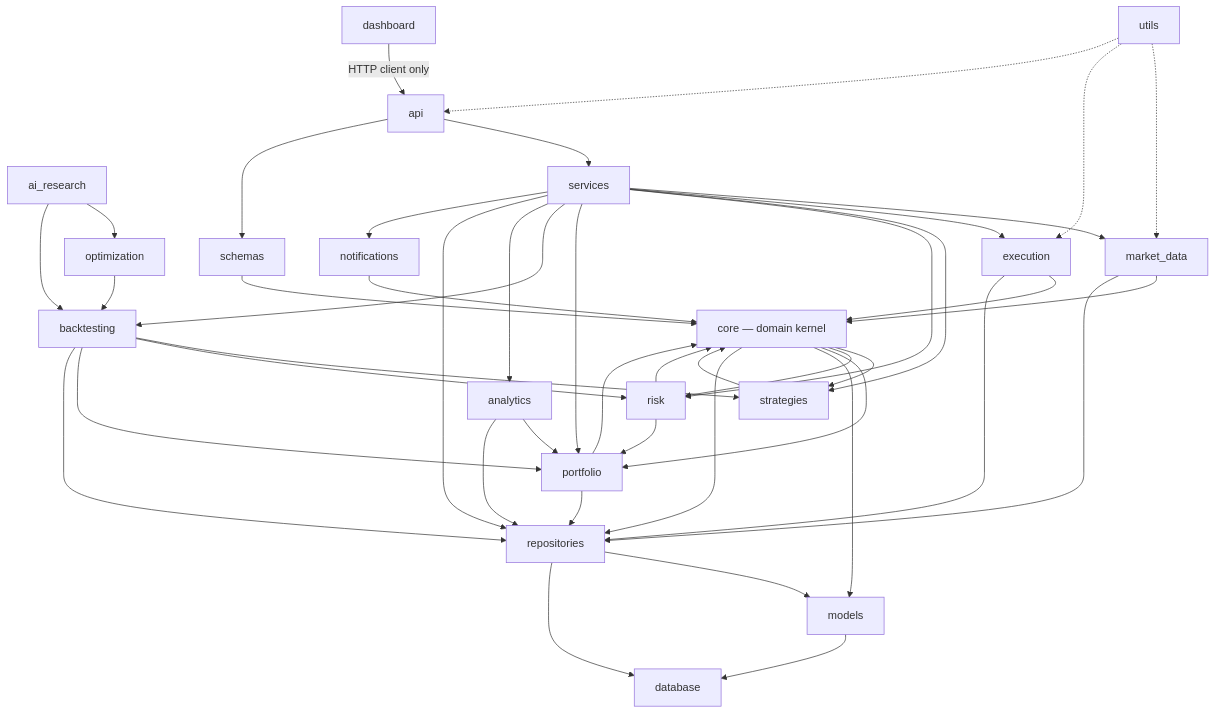
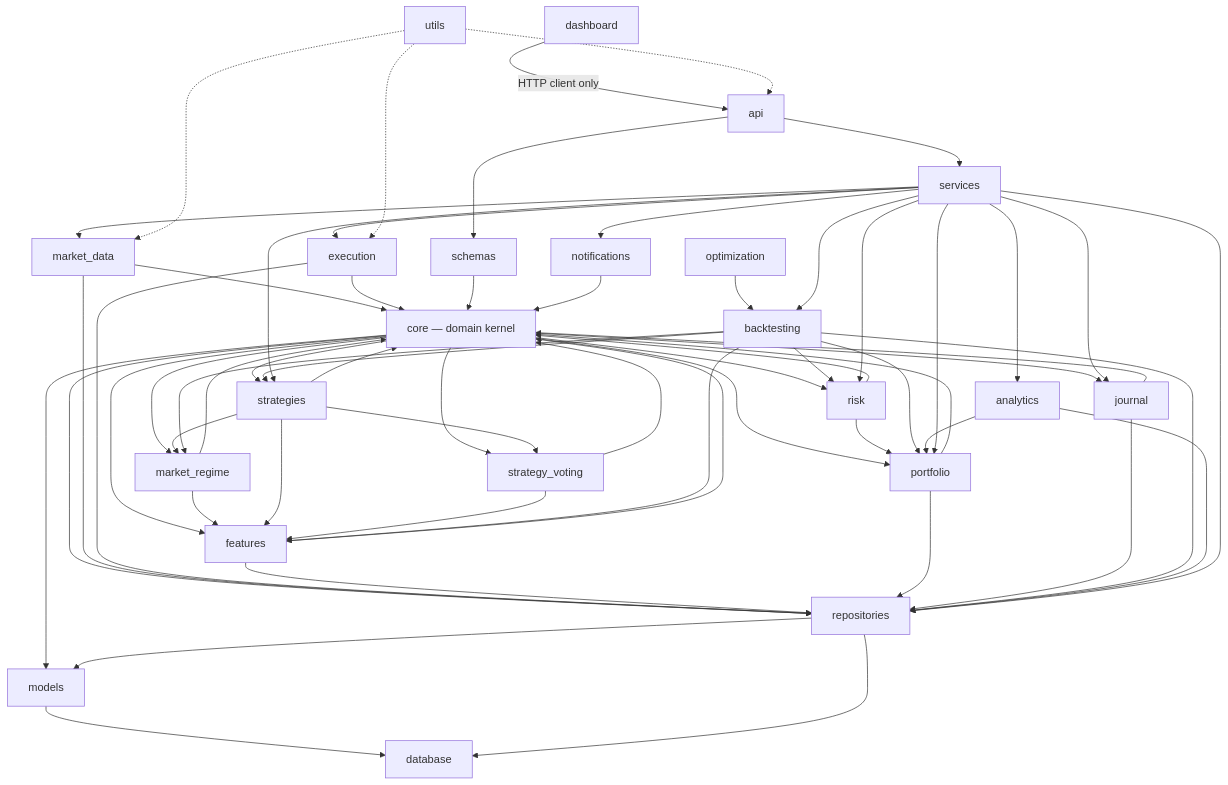
One commit to zaidhaz/quant-trading-platform changed the second of 5 diagrams in docs/ARCHITECTURE.md. Above: the diagram before and after it, drawn with Mermaid. The commit also changed other lines of this file and 1 other file, not shown here.

First line of the commit message:
Revise architecture for V1 scope reduction and review feedback

````diff
--- a/docs/ARCHITECTURE.md
+++ b/docs/ARCHITECTURE.md
@@ -340,57 +435,76 @@
 ```mermaid
 flowchart TB
     core[core — domain kernel]
 
     core --> strategies
     core --> risk
     core --> portfolio
     core --> models
     core --> repositories
+    core --> features
+    core --> market_regime
+    core --> strategy_voting
+    core --> journal
 
     models --> database
     repositories --> models
     repositories --> database
 
     market_data --> core
     market_data --> repositories
     execution --> core
     execution --> repositories
 
+    features --> core
+    features --> repositories
+    market_regime --> core
+    market_regime --> features
+
     strategies --> core
+    strategies --> features
+    strategies --> market_regime
+    strategies --> strategy_voting
+    strategy_voting --> core
+    strategy_voting --> features
+
     risk --> core
     risk --> portfolio
     portfolio --> core
     portfolio --> repositories
 
+    journal --> core
+    journal --> repositories
+
     backtesting --> strategies
+    backtesting --> features
+    backtesting --> market_regime
     backtesting --> risk
     backtesting --> portfolio
     backtesting --> repositories
     optimization --> backtesting
-    ai_research --> optimization
-    ai_research --> backtesting
 
     analytics --> portfolio
     analytics --> repositories
 
     services --> market_data
     services --> execution
     services --> strategies
     services --> risk
     services --> portfolio
     services --> backtesting
     services --> analytics
+    services --> journal
     services --> repositories
 
     api --> services
     api --> schemas
     schemas --> core
 
     dashboard -->|HTTP client only| api
     notifications --> core
     services --> notifications
 
     utils -.-> market_data
     utils -.-> execution
     utils -.-> api
 ```
````
